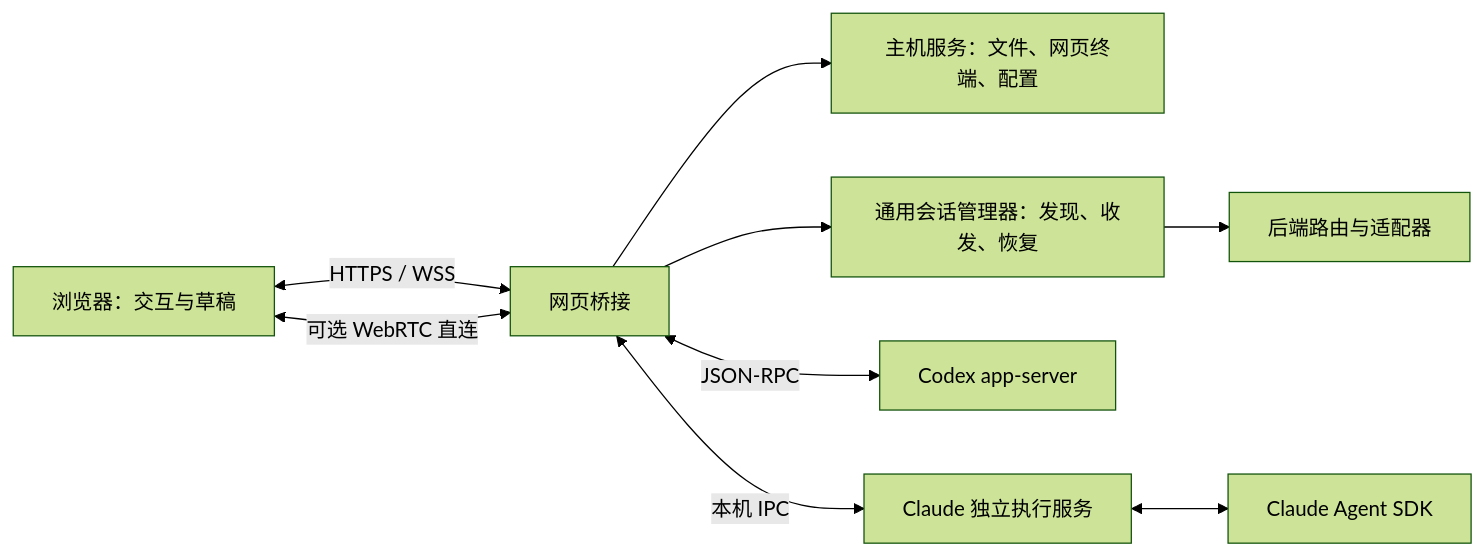
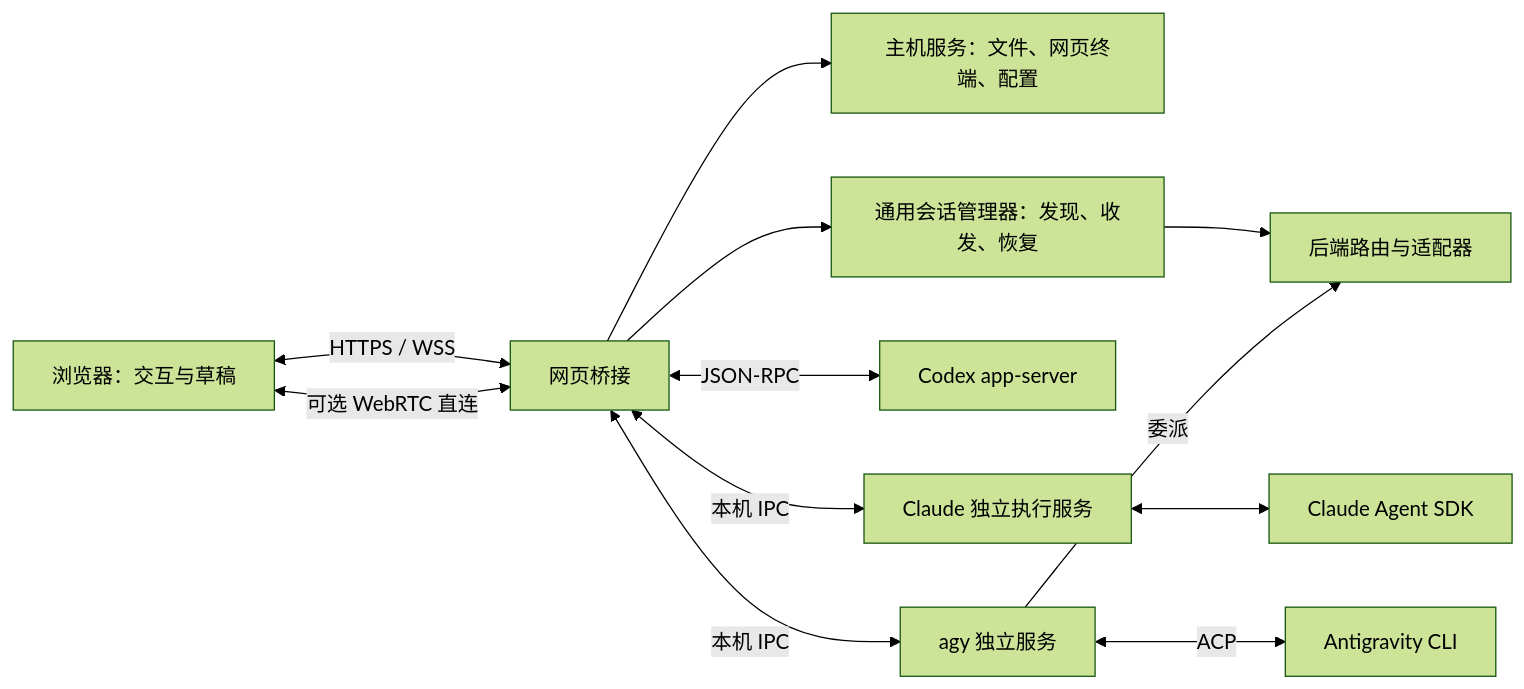
The diagram in docs/architecture.md (hjd-hitsz/claudex-web), drawn with Mermaid (forest theme) before and after one commit. The commit also changed other lines of this file and 126 other files, not shown here.

First line of the commit message:
feat(agy): 接入 Antigravity 秘书与后台委派

````diff
--- a/docs/architecture.md
+++ b/docs/architecture.md
@@ -9,11 +9,14 @@
 ```mermaid
 flowchart LR
   Browser[浏览器：交互与草稿] <-->|HTTPS / WSS| Web[网页桥接]
   Browser <-->|可选 WebRTC 直连| Web
   Web --> Host[主机服务：文件、网页终端、配置]
   Web --> Conversations[通用会话管理器：发现、收发、恢复]
   Conversations --> Router[后端路由与适配器]
   Web <-->|JSON-RPC| Codex[Codex app-server]
   Web <-->|本机 IPC| Worker[Claude 独立执行服务]
   Worker <--> SDK[Claude Agent SDK]
+  Web <-->|本机 IPC| Agy[agy 独立服务]
+  Agy <-->|ACP| Antigravity[Antigravity CLI]
+  Agy -->|委派| Router
 ```
````
